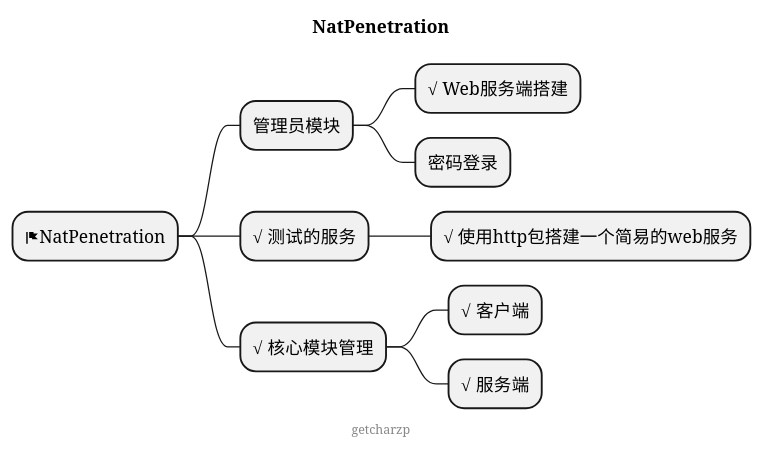
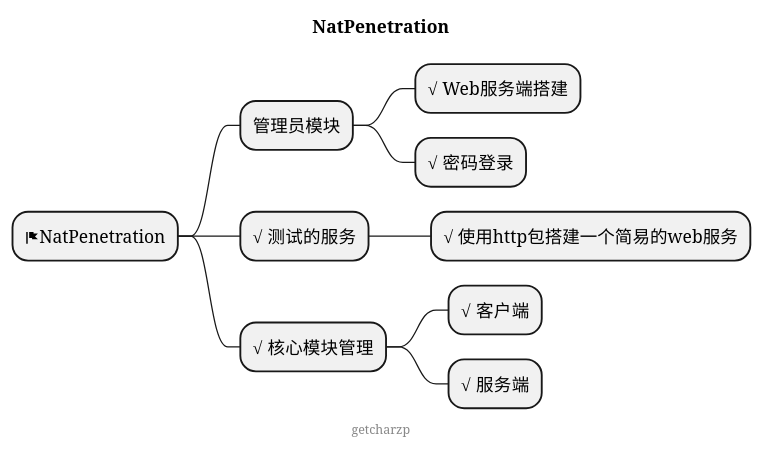
Before and after one commit to GetcharZp/nat-penetratin: the diagram in mind.puml, drawn with PlantUML. The commit also changed 4 other files, not shown here.

```diff
--- a/mind.puml
+++ b/mind.puml
@@ -1,17 +1,17 @@
 @startmindmap
 
 title NatPenetration
 
 * <&flag>NatPenetration
 ** 管理员模块
 *** √ Web服务端搭建
-*** 密码登录
+*** √ 密码登录
 ** √ 测试的服务
 *** √ 使用http包搭建一个简易的web服务
 ** √ 核心模块管理
 *** √ 客户端
 *** √ 服务端
 
 center footer getcharzp
 
 @endmindmap
```
